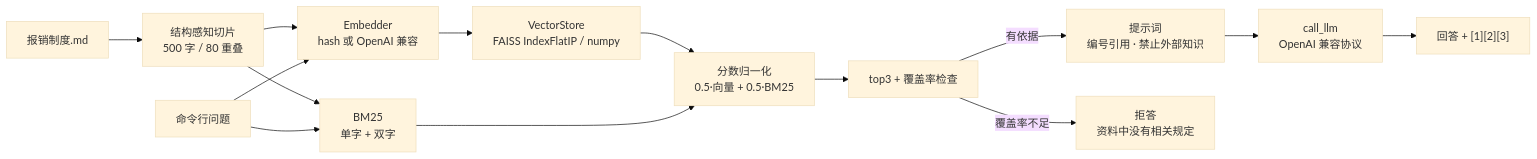
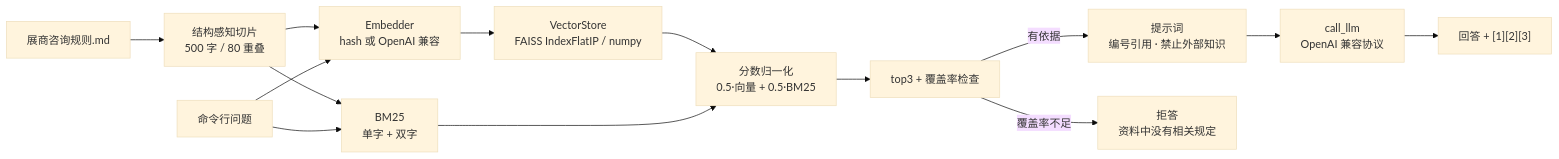
The diagram in docs/rag-prototype.md (ZHISISANG/Engineering_Technology_and_InnovativePractice), drawn with Mermaid (base theme) before and after one commit. The commit also changed other lines of this file and 28 other files, not shown here.

````diff
--- a/docs/rag-prototype.md
+++ b/docs/rag-prototype.md
@@ -71,16 +71,16 @@
 ```mermaid
 flowchart LR
-    A["报销制度.md"] --> B["结构感知切片<br/>500 字 / 80 重叠"]
+    A["展商咨询规则.md"] --> B["结构感知切片<br/>500 字 / 80 重叠"]
     B --> C["Embedder<br/>hash 或 OpenAI 兼容"]
     C --> D["VectorStore<br/>FAISS IndexFlatIP / numpy"]
     B --> E["BM25<br/>单字 + 双字"]
     Q["命令行问题"] --> E
     Q --> C
     D --> F["分数归一化<br/>0.5·向量 + 0.5·BM25"]
     E --> F
     F --> G["top3 + 覆盖率检查"]
     G -->|"有依据"| H["提示词<br/>编号引用 · 禁止外部知识"]
     G -->|"覆盖率不足"| I["拒答<br/>资料中没有相关规定"]
     H --> J["call_llm<br/>OpenAI 兼容协议"]
     J --> K["回答 + [1][2][3]"]
 ```
````
